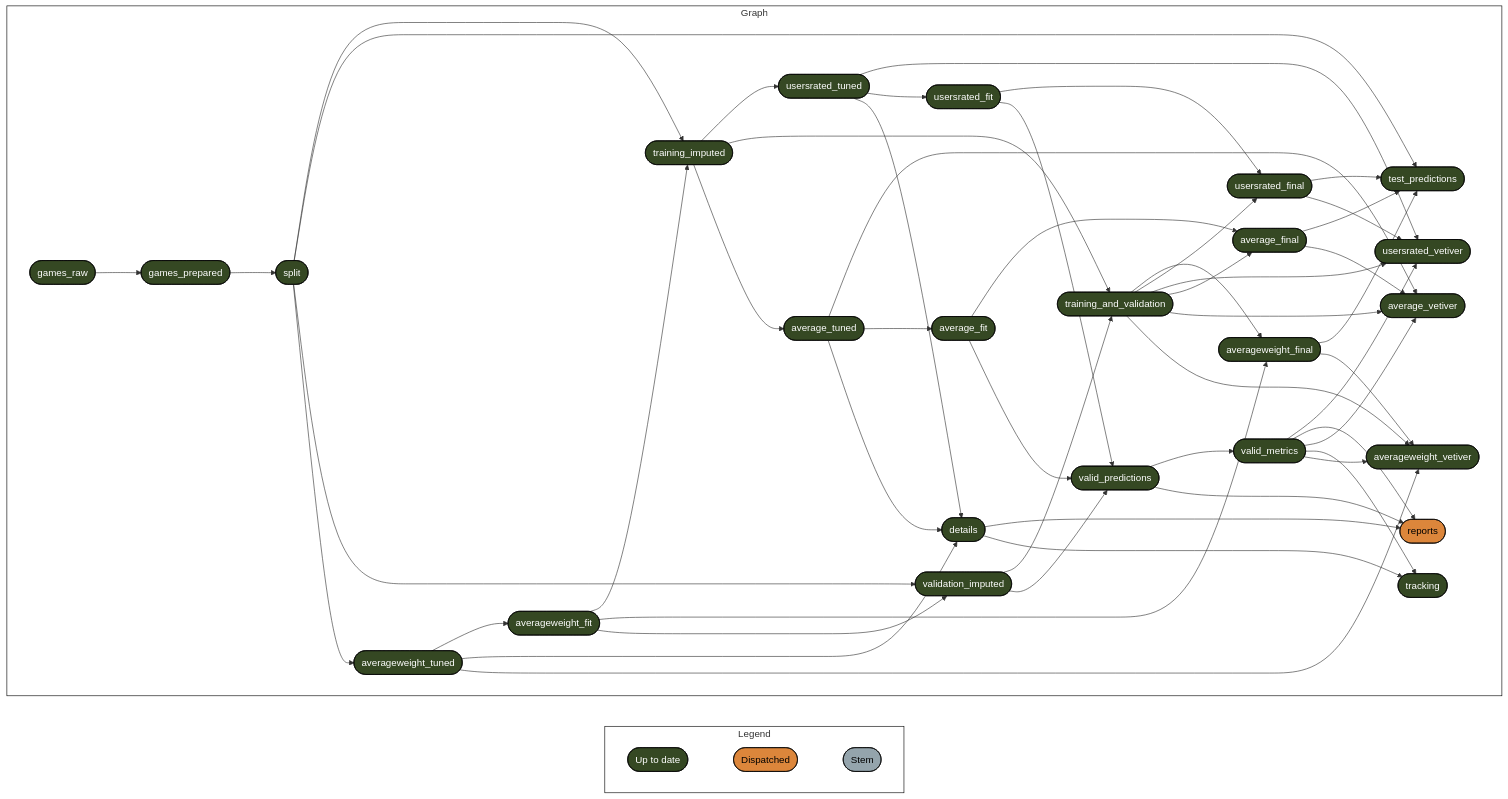
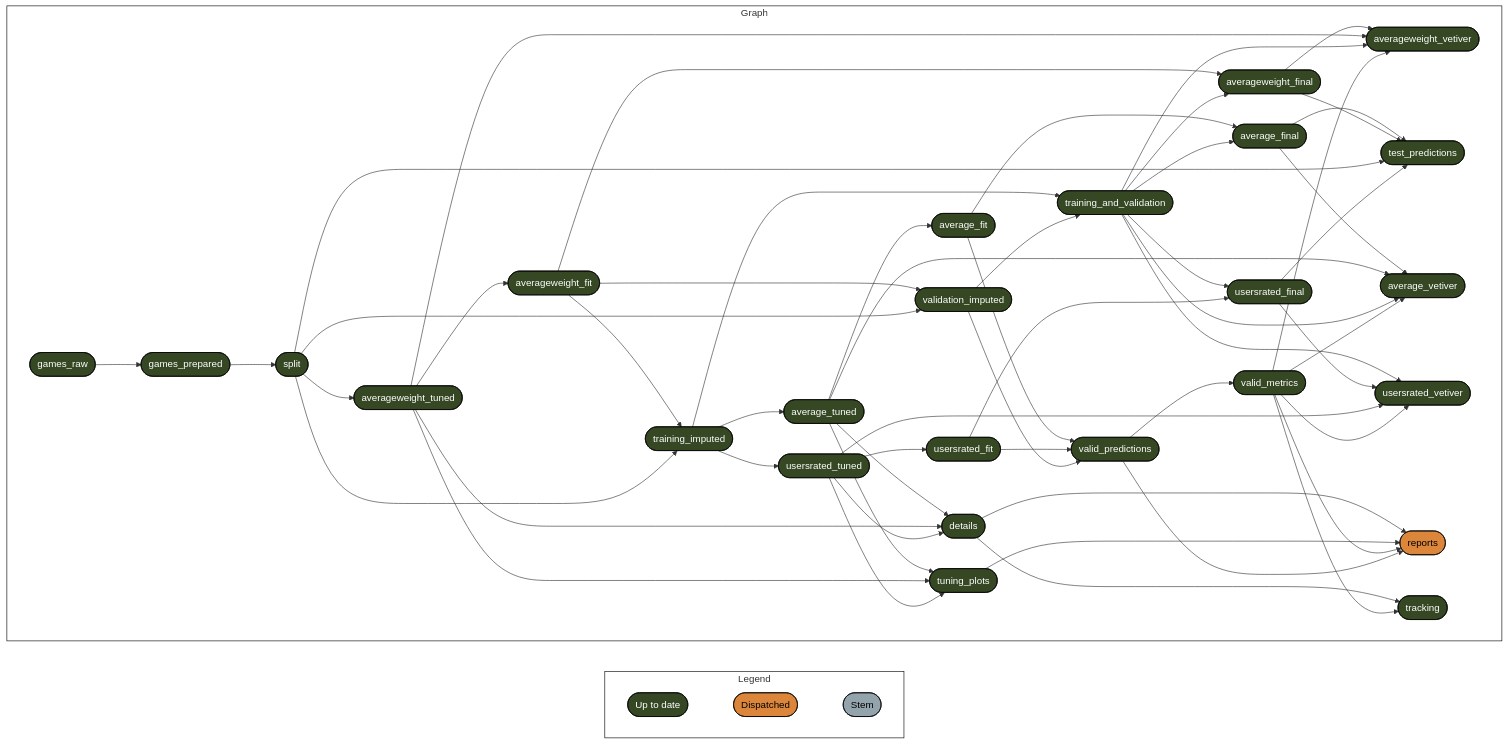
The diagram in docs/results.md (phenrickson/bgg_models), drawn with Mermaid before and after one commit. The commit also changed other lines of this file and 8 other files, not shown here.

````diff
--- a/docs/results.md
+++ b/docs/results.md
@@ -7,66 +7,70 @@
 ``` mermaid
 graph LR
   style Legend fill:#FFFFFF00,stroke:#000000;
   style Graph fill:#FFFFFF00,stroke:#000000;
   subgraph Legend
     direction LR
     x7420bd9270f8d27d([""Up to date""]):::uptodate --- xa8565c104d8f0705([""Dispatched""]):::dispatched
     xa8565c104d8f0705([""Dispatched""]):::dispatched --- xbf4603d6c2c2ad6b([""Stem""]):::none
   end
   subgraph Graph
     direction LR
-    x04d83687468f3fc4(["averageweight_tuned"]):::uptodate --> x0f34a02bd6ed632f(["averageweight_fit"]):::uptodate
-    x170105733f313efa(["training_imputed"]):::uptodate --> x8b18f98f2746942f(["usersrated_tuned"]):::uptodate
-    x2b7f0716b8751c70(["games_raw"]):::uptodate --> xe73a0f95bb7c669b(["games_prepared"]):::uptodate
-    x0f34a02bd6ed632f(["averageweight_fit"]):::uptodate --> x170105733f313efa(["training_imputed"]):::uptodate
-    x6a9d509448f9bd3e(["split"]):::uptodate --> x170105733f313efa(["training_imputed"]):::uptodate
+    xe5bd2d3c6fdf29ae(["training_and_validation"]):::uptodate --> xd99568a85da9c31b(["usersrated_final"]):::uptodate
+    xd6936e852f1fbe47(["usersrated_fit"]):::uptodate --> xd99568a85da9c31b(["usersrated_final"]):::uptodate
+    xe73a0f95bb7c669b(["games_prepared"]):::uptodate --> x6a9d509448f9bd3e(["split"]):::uptodate
+    x5a0dca7931d71121(["averageweight_final"]):::uptodate --> xcbeb0ce109eb5b86(["averageweight_vetiver"]):::uptodate
+    x04d83687468f3fc4(["averageweight_tuned"]):::uptodate --> xcbeb0ce109eb5b86(["averageweight_vetiver"]):::uptodate
+    xe5bd2d3c6fdf29ae(["training_and_validation"]):::uptodate --> xcbeb0ce109eb5b86(["averageweight_vetiver"]):::uptodate
+    xc2507955de0caf4e(["valid_metrics"]):::uptodate --> xcbeb0ce109eb5b86(["averageweight_vetiver"]):::uptodate
     x0f34a02bd6ed632f(["averageweight_fit"]):::uptodate --> x5a0dca7931d71121(["averageweight_final"]):::uptodate
     xe5bd2d3c6fdf29ae(["training_and_validation"]):::uptodate --> x5a0dca7931d71121(["averageweight_final"]):::uptodate
-    x32d592eaf8d082e6(["valid_predictions"]):::uptodate --> xc2507955de0caf4e(["valid_metrics"]):::uptodate
-    xe5bd2d3c6fdf29ae(["training_and_validation"]):::uptodate --> xd99568a85da9c31b(["usersrated_final"]):::uptodate
-    xd6936e852f1fbe47(["usersrated_fit"]):::uptodate --> xd99568a85da9c31b(["usersrated_final"]):::uptodate
+    x04d83687468f3fc4(["averageweight_tuned"]):::uptodate --> x0f34a02bd6ed632f(["averageweight_fit"]):::uptodate
     x51e4cab15d71e6a3(["average_final"]):::uptodate --> x09d4ee9c0cdd997f(["test_predictions"]):::uptodate
     x5a0dca7931d71121(["averageweight_final"]):::uptodate --> x09d4ee9c0cdd997f(["test_predictions"]):::uptodate
     x6a9d509448f9bd3e(["split"]):::uptodate --> x09d4ee9c0cdd997f(["test_predictions"]):::uptodate
     xd99568a85da9c31b(["usersrated_final"]):::uptodate --> x09d4ee9c0cdd997f(["test_predictions"]):::uptodate
-    x0f34a02bd6ed632f(["averageweight_fit"]):::uptodate --> x60bd72cb3684ce1d(["validation_imputed"]):::uptodate
-    x6a9d509448f9bd3e(["split"]):::uptodate --> x60bd72cb3684ce1d(["validation_imputed"]):::uptodate
-    xe73a0f95bb7c669b(["games_prepared"]):::uptodate --> x6a9d509448f9bd3e(["split"]):::uptodate
+    xd0ff2216903615b0(["average_tuned"]):::uptodate --> x45aff652992a023a(["details"]):::uptodate
+    x04d83687468f3fc4(["averageweight_tuned"]):::uptodate --> x45aff652992a023a(["details"]):::uptodate
+    x8b18f98f2746942f(["usersrated_tuned"]):::uptodate --> x45aff652992a023a(["details"]):::uptodate
+    x170105733f313efa(["training_imputed"]):::uptodate --> xe5bd2d3c6fdf29ae(["training_and_validation"]):::uptodate
+    x60bd72cb3684ce1d(["validation_imputed"]):::uptodate --> xe5bd2d3c6fdf29ae(["training_and_validation"]):::uptodate
+    x8b18f98f2746942f(["usersrated_tuned"]):::uptodate --> xd6936e852f1fbe47(["usersrated_fit"]):::uptodate
+    xd0ff2216903615b0(["average_tuned"]):::uptodate --> xc0de7cb1ceaaae9a(["average_fit"]):::uptodate
+    x2b7f0716b8751c70(["games_raw"]):::uptodate --> xe73a0f95bb7c669b(["games_prepared"]):::uptodate
+    x51e4cab15d71e6a3(["average_final"]):::uptodate --> x1b61a8b8a8b5e6c2(["average_vetiver"]):::uptodate
+    xd0ff2216903615b0(["average_tuned"]):::uptodate --> x1b61a8b8a8b5e6c2(["average_vetiver"]):::uptodate
+    xe5bd2d3c6fdf29ae(["training_and_validation"]):::uptodate --> x1b61a8b8a8b5e6c2(["average_vetiver"]):::uptodate
+    xc2507955de0caf4e(["valid_metrics"]):::uptodate --> x1b61a8b8a8b5e6c2(["average_vetiver"]):::uptodate
     xe5bd2d3c6fdf29ae(["training_and_validation"]):::uptodate --> x156a6ed4485a6769(["usersrated_vetiver"]):::uptodate
     xd99568a85da9c31b(["usersrated_final"]):::uptodate --> x156a6ed4485a6769(["usersrated_vetiver"]):::uptodate
     x8b18f98f2746942f(["usersrated_tuned"]):::uptodate --> x156a6ed4485a6769(["usersrated_vetiver"]):::uptodate
     xc2507955de0caf4e(["valid_metrics"]):::uptodate --> x156a6ed4485a6769(["usersrated_vetiver"]):::uptodate
-    x170105733f313efa(["training_imputed"]):::uptodate --> xe5bd2d3c6fdf29ae(["training_and_validation"]):::uptodate
-    x60bd72cb3684ce1d(["validation_imputed"]):::uptodate --> xe5bd2d3c6fdf29ae(["training_and_validation"]):::uptodate
+    xd0ff2216903615b0(["average_tuned"]):::uptodate --> x5009635ca9660f5b(["tuning_plots"]):::uptodate
+    x04d83687468f3fc4(["averageweight_tuned"]):::uptodate --> x5009635ca9660f5b(["tuning_plots"]):::uptodate
+    x8b18f98f2746942f(["usersrated_tuned"]):::uptodate --> x5009635ca9660f5b(["tuning_plots"]):::uptodate
     x170105733f313efa(["training_imputed"]):::uptodate --> xd0ff2216903615b0(["average_tuned"]):::uptodate
-    xc0de7cb1ceaaae9a(["average_fit"]):::uptodate --> x51e4cab15d71e6a3(["average_final"]):::uptodate
-    xe5bd2d3c6fdf29ae(["training_and_validation"]):::uptodate --> x51e4cab15d71e6a3(["average_final"]):::uptodate
-    x45aff652992a023a(["details"]):::uptodate --> x3c2f8ffacaa45076(["reports"]):::dispatched
-    xc2507955de0caf4e(["valid_metrics"]):::uptodate --> x3c2f8ffacaa45076(["reports"]):::dispatched
-    x32d592eaf8d082e6(["valid_predictions"]):::uptodate --> x3c2f8ffacaa45076(["reports"]):::dispatched
-    x51e4cab15d71e6a3(["average_final"]):::uptodate --> x1b61a8b8a8b5e6c2(["average_vetiver"]):::uptodate
-    xd0ff2216903615b0(["average_tuned"]):::uptodate --> x1b61a8b8a8b5e6c2(["average_vetiver"]):::uptodate
-    xe5bd2d3c6fdf29ae(["training_and_validation"]):::uptodate --> x1b61a8b8a8b5e6c2(["average_vetiver"]):::uptodate
-    xc2507955de0caf4e(["valid_metrics"]):::uptodate --> x1b61a8b8a8b5e6c2(["average_vetiver"]):::uptodate
-    xd0ff2216903615b0(["average_tuned"]):::uptodate --> xc0de7cb1ceaaae9a(["average_fit"]):::uptodate
-    x6a9d509448f9bd3e(["split"]):::uptodate --> x04d83687468f3fc4(["averageweight_tuned"]):::uptodate
+    x0f34a02bd6ed632f(["averageweight_fit"]):::uptodate --> x170105733f313efa(["training_imputed"]):::uptodate
+    x6a9d509448f9bd3e(["split"]):::uptodate --> x170105733f313efa(["training_imputed"]):::uptodate
     xc0de7cb1ceaaae9a(["average_fit"]):::uptodate --> x32d592eaf8d082e6(["valid_predictions"]):::uptodate
     xd6936e852f1fbe47(["usersrated_fit"]):::uptodate --> x32d592eaf8d082e6(["valid_predictions"]):::uptodate
     x60bd72cb3684ce1d(["validation_imputed"]):::uptodate --> x32d592eaf8d082e6(["valid_predictions"]):::uptodate
-    x8b18f98f2746942f(["usersrated_tuned"]):::uptodate --> xd6936e852f1fbe47(["usersrated_fit"]):::uptodate
-    xd0ff2216903615b0(["average_tuned"]):::uptodate --> x45aff652992a023a(["details"]):::uptodate
-    x04d83687468f3fc4(["averageweight_tuned"]):::uptodate --> x45aff652992a023a(["details"]):::uptodate
-    x8b18f98f2746942f(["usersrated_tuned"]):::uptodate --> x45aff652992a023a(["details"]):::uptodate
+    x45aff652992a023a(["details"]):::uptodate --> x3c2f8ffacaa45076(["reports"]):::dispatched
+    x5009635ca9660f5b(["tuning_plots"]):::uptodate --> x3c2f8ffacaa45076(["reports"]):::dispatched
+    xc2507955de0caf4e(["valid_metrics"]):::uptodate --> x3c2f8ffacaa45076(["reports"]):::dispatched
+    x32d592eaf8d082e6(["valid_predictions"]):::uptodate --> x3c2f8ffacaa45076(["reports"]):::dispatched
+    x0f34a02bd6ed632f(["averageweight_fit"]):::uptodate --> x60bd72cb3684ce1d(["validation_imputed"]):::uptodate
+    x6a9d509448f9bd3e(["split"]):::uptodate --> x60bd72cb3684ce1d(["validation_imputed"]):::uptodate
+    x32d592eaf8d082e6(["valid_predictions"]):::uptodate --> xc2507955de0caf4e(["valid_metrics"]):::uptodate
+    x6a9d509448f9bd3e(["split"]):::uptodate --> x04d83687468f3fc4(["averageweight_tuned"]):::uptodate
+    x170105733f313efa(["training_imputed"]):::uptodate --> x8b18f98f2746942f(["usersrated_tuned"]):::uptodate
     x45aff652992a023a(["details"]):::uptodate --> x92c9ab88ae1439d1(["tracking"]):::uptodate
     xc2507955de0caf4e(["valid_metrics"]):::uptodate --> x92c9ab88ae1439d1(["tracking"]):::uptodate
-    x5a0dca7931d71121(["averageweight_final"]):::uptodate --> xcbeb0ce109eb5b86(["averageweight_vetiver"]):::uptodate
-    x04d83687468f3fc4(["averageweight_tuned"]):::uptodate --> xcbeb0ce109eb5b86(["averageweight_vetiver"]):::uptodate
-    xe5bd2d3c6fdf29ae(["training_and_validation"]):::uptodate --> xcbeb0ce109eb5b86(["averageweight_vetiver"]):::uptodate
-    xc2507955de0caf4e(["valid_metrics"]):::uptodate --> xcbeb0ce109eb5b86(["averageweight_vetiver"]):::uptodate
+    xc0de7cb1ceaaae9a(["average_fit"]):::uptodate --> x51e4cab15d71e6a3(["average_final"]):::uptodate
+    xe5bd2d3c6fdf29ae(["training_and_validation"]):::uptodate --> x51e4cab15d71e6a3(["average_final"]):::uptodate
   end
   classDef uptodate stroke:#000000,color:#ffffff,fill:#354823;
   classDef dispatched stroke:#000000,color:#000000,fill:#DC863B;
   classDef none stroke:#000000,color:#000000,fill:#94a4ac;
   linkStyle 0 stroke-width:0px;
   linkStyle 1 stroke-width:0px;
 ```
````
